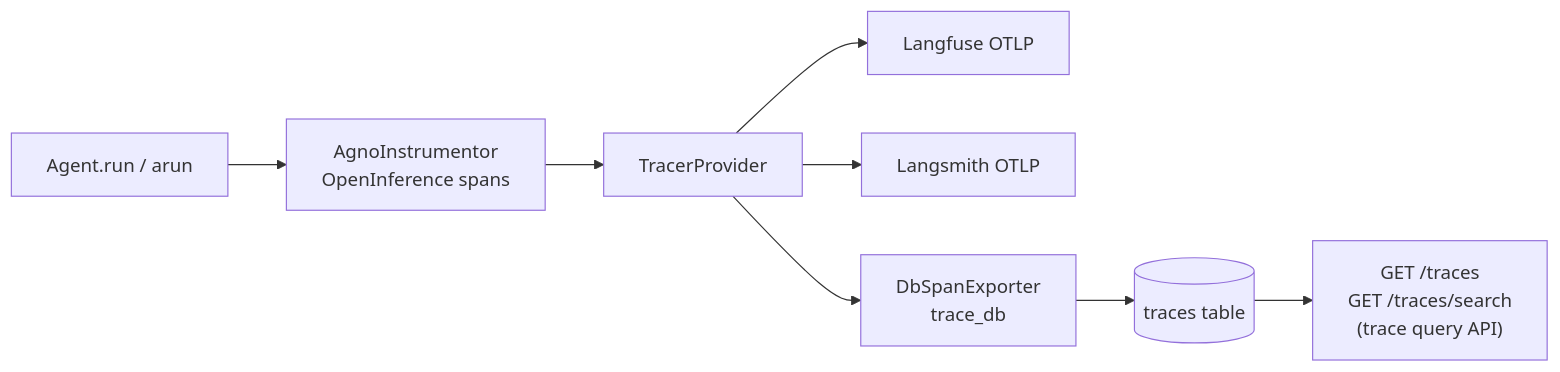
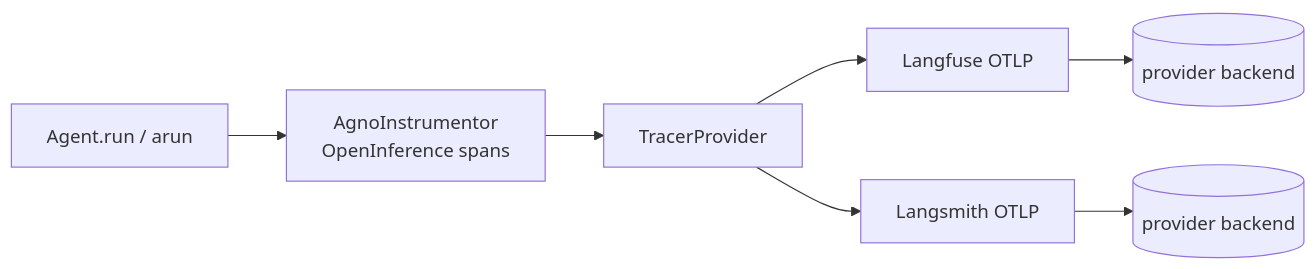
One commit to CENFARG/yaml-agno changed the second of 2 diagrams in specs/SPEC_18_EVALS_AND_OBSERVABILITY.md. Above: the diagram before and after it, drawn with Mermaid. The commit also changed other lines of this file and 8 other files, not shown here.

````diff
--- a/specs/SPEC_18_EVALS_AND_OBSERVABILITY.md
+++ b/specs/SPEC_18_EVALS_AND_OBSERVABILITY.md
@@ -1476,10 +1436,9 @@
 ```mermaid
 flowchart LR
     A[Agent.run / arun] --> B[AgnoInstrumentor\nOpenInference spans]
     B --> C[TracerProvider]
     C --> D1[Langfuse OTLP]
     C --> D2[Langsmith OTLP]
-    C --> D3[DbSpanExporter\ntrace_db]
-    D3 --> E[(traces table)]
-    E --> F["GET /traces\nGET /traces/search\n(trace query API)"]
+    D1 --> E1[(provider backend)]
+    D2 --> E2[(provider backend)]
 ```
````
